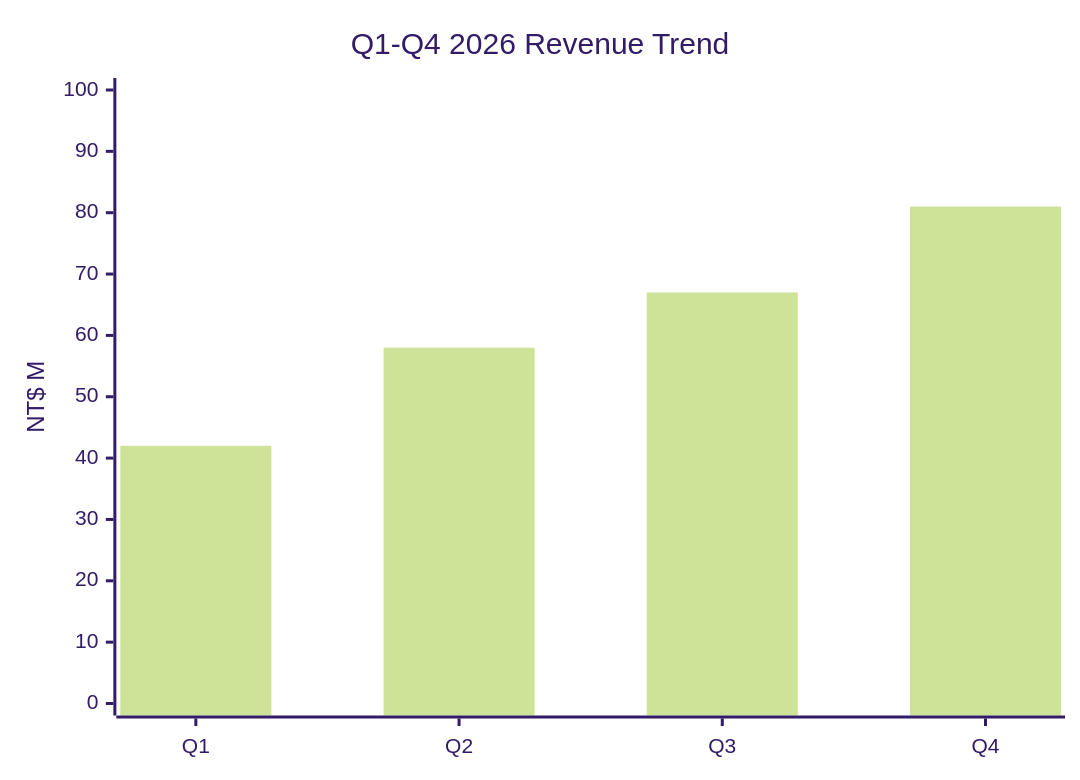
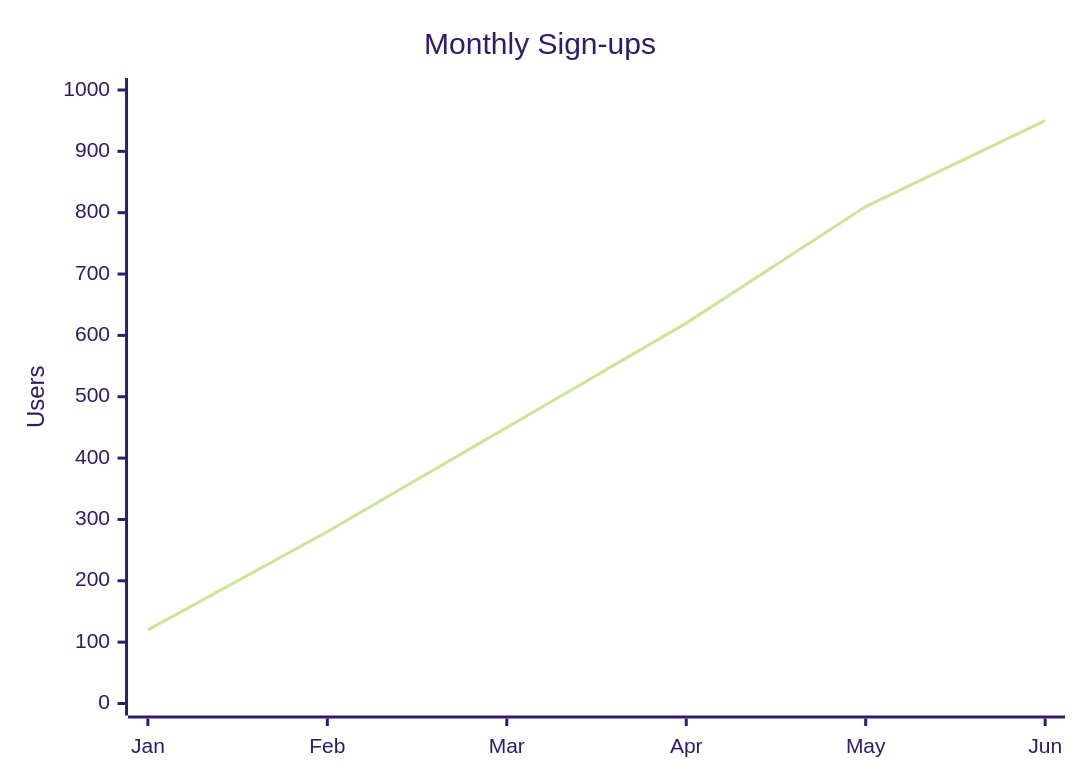
The ninth of 13 diagrams in obsidian/skills/obsidian-mermaid-visualizer/data-viz/xychart.md (kouko/monkey-skills), drawn with Mermaid (forest theme) before and after one commit. The commit also changed other lines of this file and 3 other files, not shown here.

````diff
--- a/obsidian/skills/obsidian-mermaid-visualizer/data-viz/xychart.md
+++ b/obsidian/skills/obsidian-mermaid-visualizer/data-viz/xychart.md
@@ -129,7 +160,7 @@
 ```mermaid
 xychart-beta
-    title "Q1-Q4 2026 Revenue Trend"
-    x-axis [Q1, Q2, Q3, Q4]
-    y-axis "NT$ M" 0 --> 100
-    bar [42, 58, 67, 81]
+    title "Monthly Sign-ups"
+    x-axis [Jan, Feb, Mar, Apr, May, Jun]
+    y-axis "Users" 0 --> 1000
+    line "Sign-ups" [120, 280, 450, 620, 810, 950]
 ```
````
